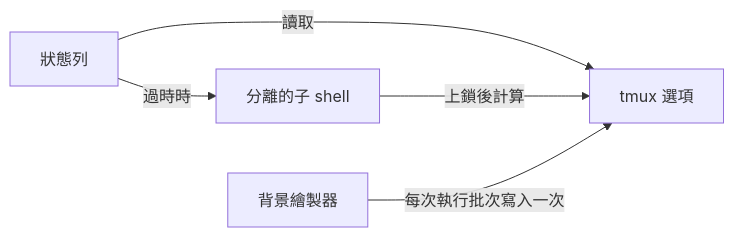
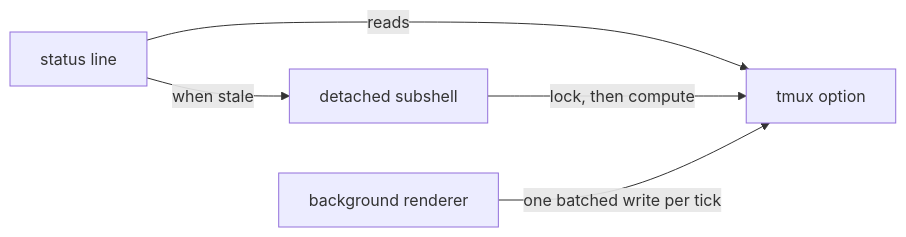
Before and after one commit to tmux-revamped/tmux-plugin-template: the diagram in README.zh-HK.md, drawn with Mermaid. The commit also changed other lines of this file and 4 other files, not shown here.

````diff
--- a/README.zh-HK.md
+++ b/README.zh-HK.md
@@ -118,7 +167,7 @@
 ```mermaid
 graph LR
-    Status[狀態列] -->|讀取| Option[tmux 選項]
-    Status -->|過時時| Worker[分離的子 shell]
-    Worker -->|上鎖後計算| Option
-    Ticker[背景繪製器] -->|每次執行批次寫入一次| Option
+    Status[status line] -->|reads| Option[tmux option]
+    Status -->|when stale| Worker[detached subshell]
+    Worker -->|lock, then compute| Option
+    Ticker[background renderer] -->|one batched write per tick| Option
 ```
````
